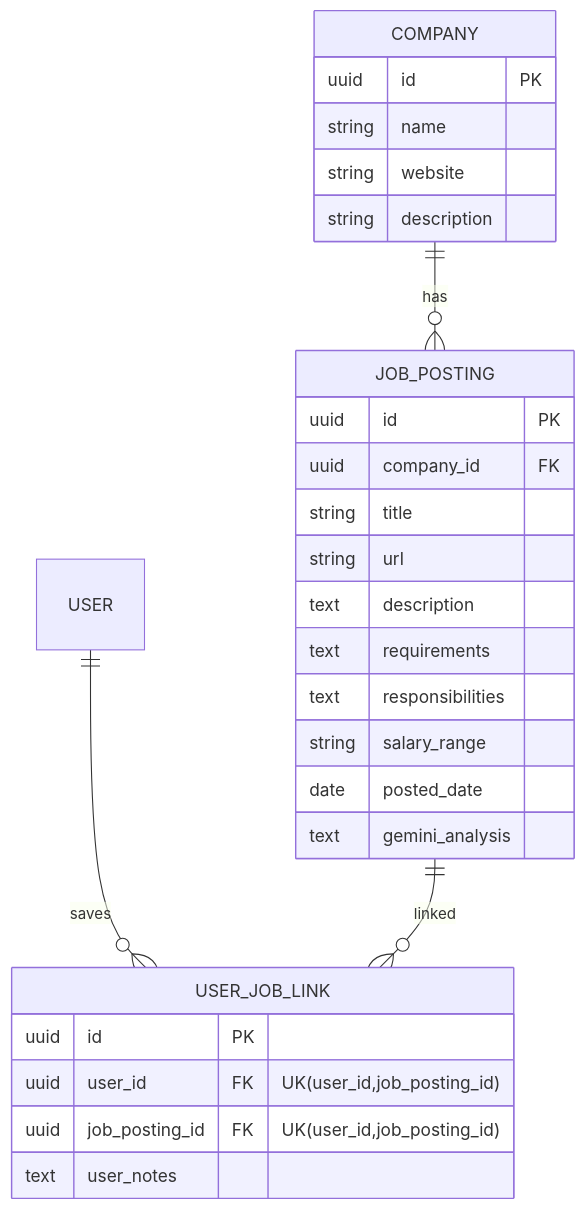
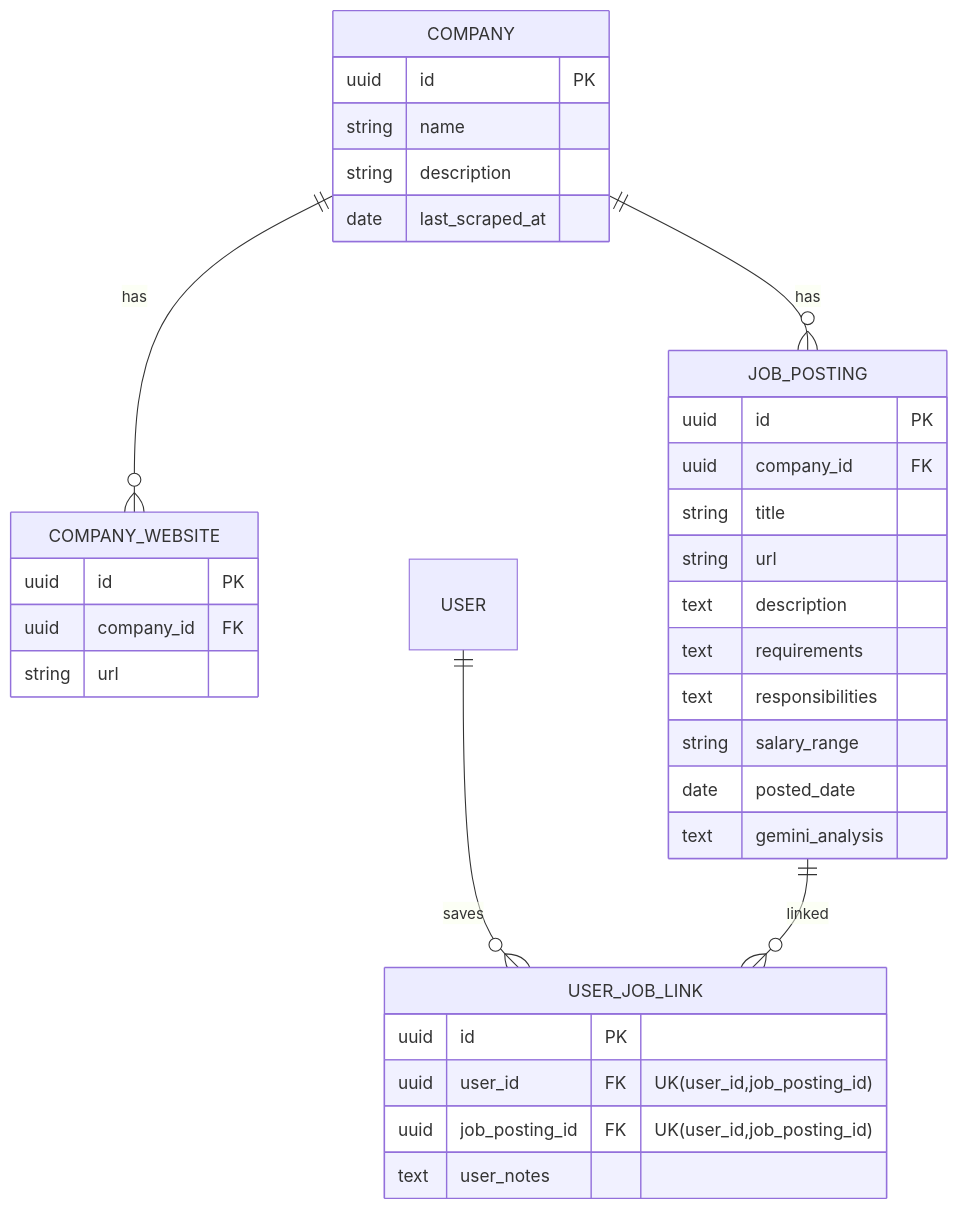
One commit to twinatrick/Backend-Architecture-Lab changed the ninth of 11 diagrams in README.md. Above: the diagram before and after it, drawn with Mermaid. The commit also changed other lines of this file and 1 other file, not shown here.

````diff
--- a/README.md
+++ b/README.md
@@ -367,33 +368,40 @@
 ```mermaid
 erDiagram
+    COMPANY ||--o{ COMPANY_WEBSITE: "has"
     COMPANY ||--o{ JOB_POSTING: "has"
     USER ||--o{ USER_JOB_LINK: "saves"
     JOB_POSTING ||--o{ USER_JOB_LINK: "linked"
 
     COMPANY {
         uuid id PK
         string name
-        string website
         string description
+        date last_scraped_at
+    }
+
+    COMPANY_WEBSITE {
+        uuid id PK
+        uuid company_id FK
+        string url
     }
 
     JOB_POSTING {
         uuid id PK
         uuid company_id FK
         string title
         string url
         text description
         text requirements
         text responsibilities
         string salary_range
         date posted_date
         text gemini_analysis
     }
 
     USER_JOB_LINK {
         uuid id PK
         uuid user_id FK "UK(user_id,job_posting_id)"
         uuid job_posting_id FK "UK(user_id,job_posting_id)"
         text user_notes
     }
 ```
````
